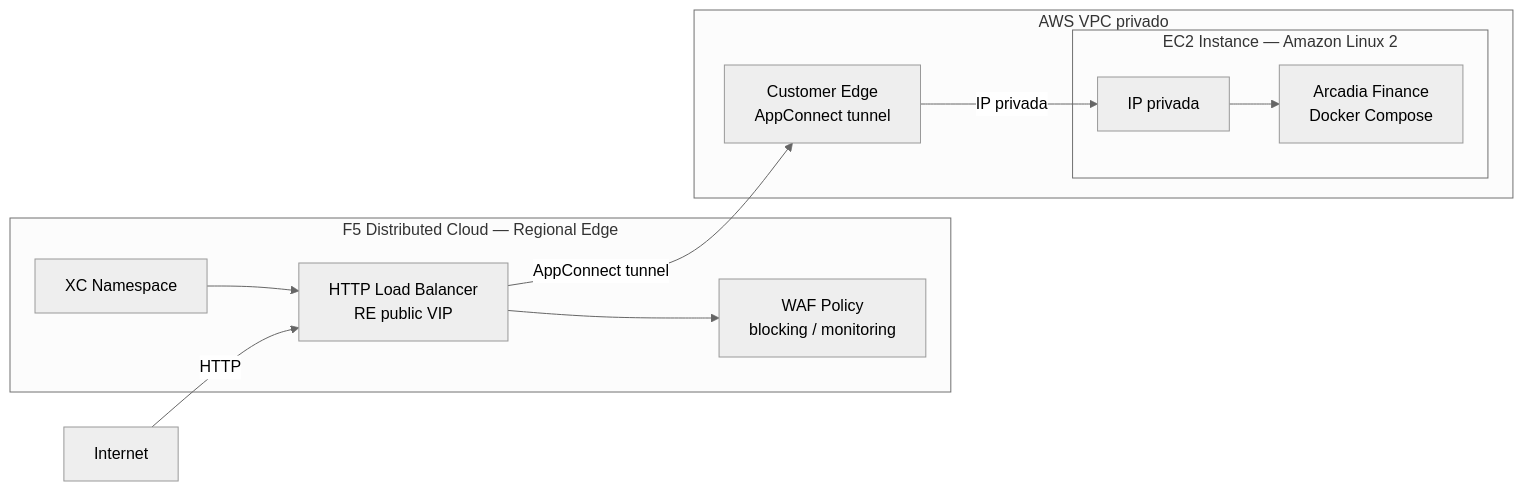
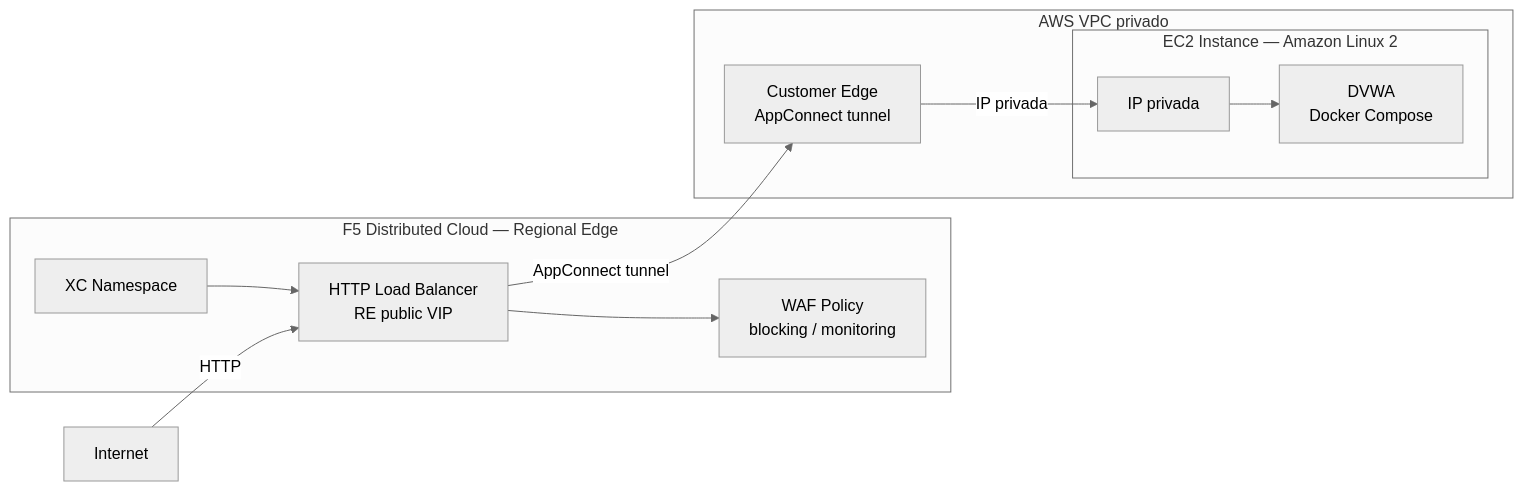
The diagram in readme/README-waf-re-ac-aws-vm-apply.md (Access-Quality/f5-xc-terraform-examples), drawn with Mermaid (neutral theme) before and after one commit. The commit also changed other lines of this file, not shown here.

Commit message:
docs: remove all Arcadia references, replace with DVWA in waf-re-ac-aws-vm README

````diff
--- a/readme/README-waf-re-ac-aws-vm-apply.md
+++ b/readme/README-waf-re-ac-aws-vm-apply.md
@@ -226,27 +226,27 @@
 ```mermaid
 flowchart LR
   INET[Internet]
 
   subgraph XC_PLATFORM[F5 Distributed Cloud — Regional Edge]
     XC_LB[HTTP Load Balancer\nRE public VIP]
     XC_WAF[WAF Policy\nblocking / monitoring]
     XC_NS[XC Namespace]
     XC_NS --> XC_LB
     XC_LB --> XC_WAF
   end
 
   subgraph AWS_VPC[AWS VPC privado]
     CE[Customer Edge\nAppConnect tunnel]
 
     subgraph EC2[EC2 Instance — Amazon Linux 2]
       PRIV_IP[IP privada]
-      ARCADIA[Arcadia Finance\nDocker Compose]
-      PRIV_IP --> ARCADIA
+      DVWA[DVWA\nDocker Compose]
+      PRIV_IP --> DVWA
     end
 
     CE -->|IP privada| PRIV_IP
   end
 
   INET -->|HTTP| XC_LB
   XC_LB -->|AppConnect tunnel| CE
 ```
````
